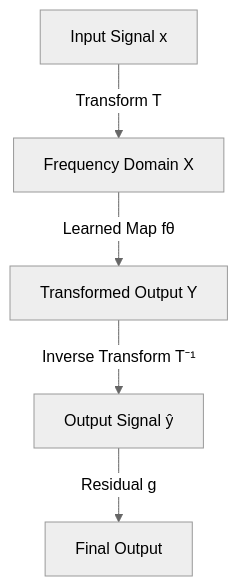
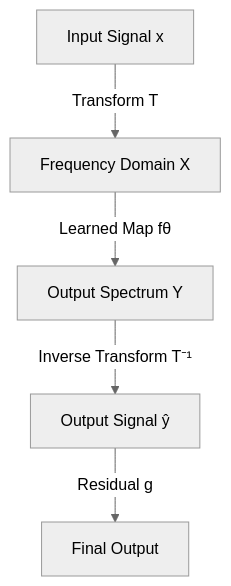
The diagram in data/papers/2211.14453/features/crib-sheet/2211.14453.md (dmarx/papers-feed), drawn with Mermaid (neutral theme) before and after one commit. The commit also changed other lines of this file and 9 other files, not shown here.

````diff
--- a/data/papers/2211.14453/features/crib-sheet/2211.14453.md
+++ b/data/papers/2211.14453/features/crib-sheet/2211.14453.md
@@ -21,7 +22,7 @@
 ```mermaid
 flowchart TD
     A[Input Signal x] -->|Transform T| B[Frequency Domain X]
-    B -->|Learned Map fθ| C[Transformed Output Y]
+    B -->|Learned Map fθ| C[Output Spectrum Y]
     C -->|Inverse Transform T⁻¹| D[Output Signal ŷ]
     D -->|Residual g| E[Final Output]
 ```
````
